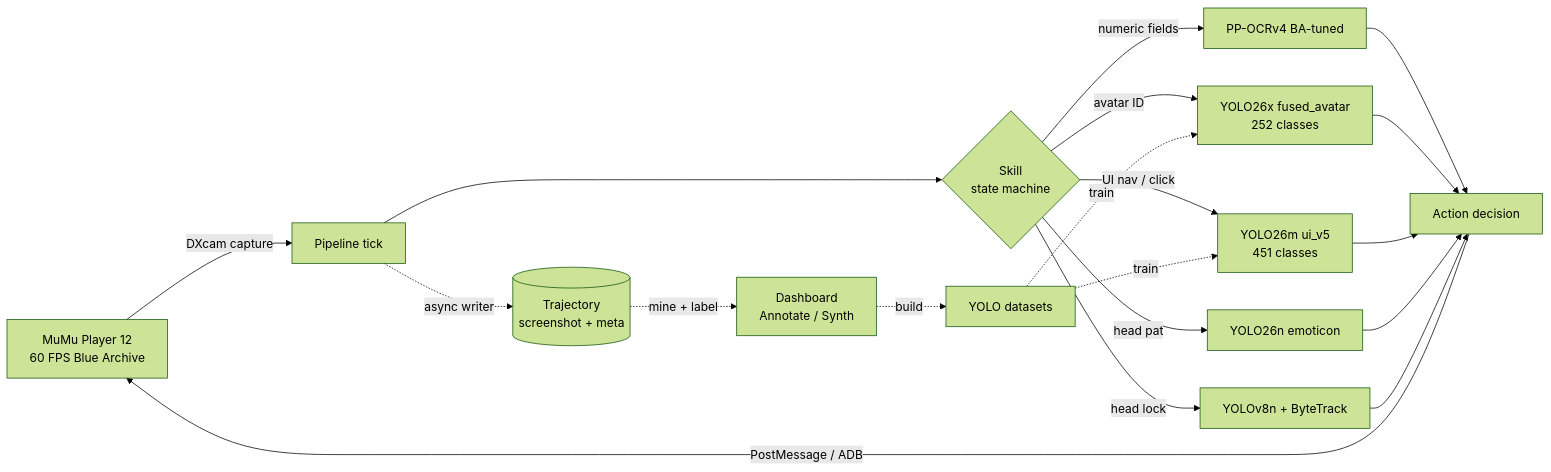
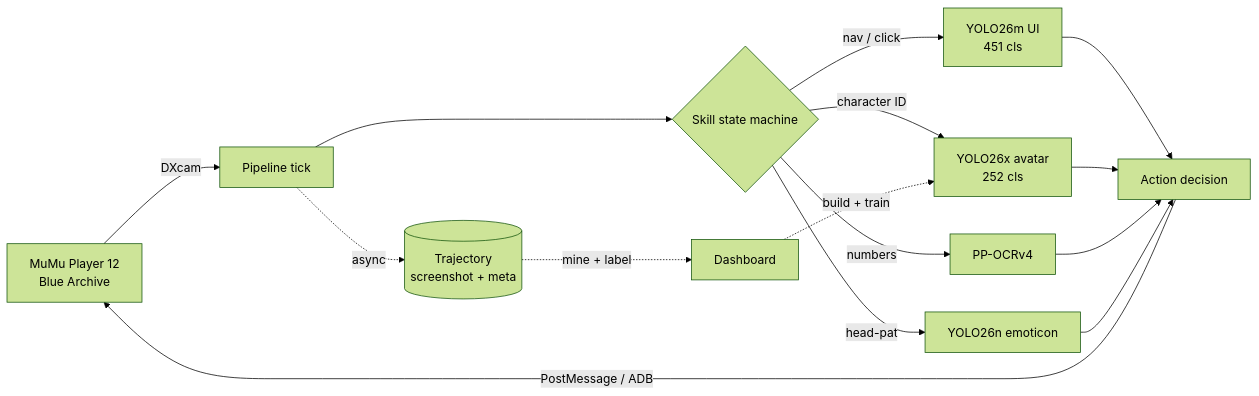
The diagram in README.md (C0k11/blue-archive-assistant), drawn with Mermaid (forest theme) before and after one commit. The commit also changed other lines of this file and 12 other files, not shown here.

First line of the commit message:
fused 技能牌迭代 + dashboard 版本选择器 + README 精简

````diff
--- a/README.md
+++ b/README.md
@@ -26,21 +21,17 @@
 ```mermaid
 flowchart LR
-    A[MuMu Player 12<br/>60 FPS Blue Archive] -->|DXcam capture| B[Pipeline tick]
-    B --> C{Skill<br/>state machine}
-    C -->|"UI nav / click"| F[YOLO26m ui_v5<br/>451 classes]
-    C -->|"avatar ID"| E[YOLO26x fused_avatar<br/>252 classes]
-    C -->|"numeric fields"| D[PP-OCRv4 BA-tuned]
-    C -->|"head pat"| G[YOLO26n emoticon]
-    C -->|"head lock"| H[YOLOv8n + ByteTrack]
-    D --> I[Action decision]
-    E --> I
-    F --> I
-    G --> I
-    H --> I
-    I -->|PostMessage / ADB| A
-    B -.async writer.-> J[(Trajectory<br/>screenshot + meta)]
-    J -.->|mine + label| K[Dashboard<br/>Annotate / Synth]
-    K -.->|build| L[YOLO datasets]
-    L -.->|train| E
-    L -.->|train| F
+    A[MuMu Player 12<br/>Blue Archive] -->|DXcam| B[Pipeline tick]
+    B --> C{Skill state machine}
+    C -->|nav / click| UI[YOLO26m UI<br/>451 cls]
+    C -->|character ID| AV[YOLO26x avatar<br/>252 cls]
+    C -->|numbers| O[PP-OCRv4]
+    C -->|head-pat| EM[YOLO26n emoticon]
+    UI --> D[Action decision]
+    AV --> D
+    O --> D
+    EM --> D
+    D -->|PostMessage / ADB| A
+    B -.async.-> J[(Trajectory<br/>screenshot + meta)]
+    J -.mine + label.-> K[Dashboard]
+    K -.build + train.-> AV
 ```
````
